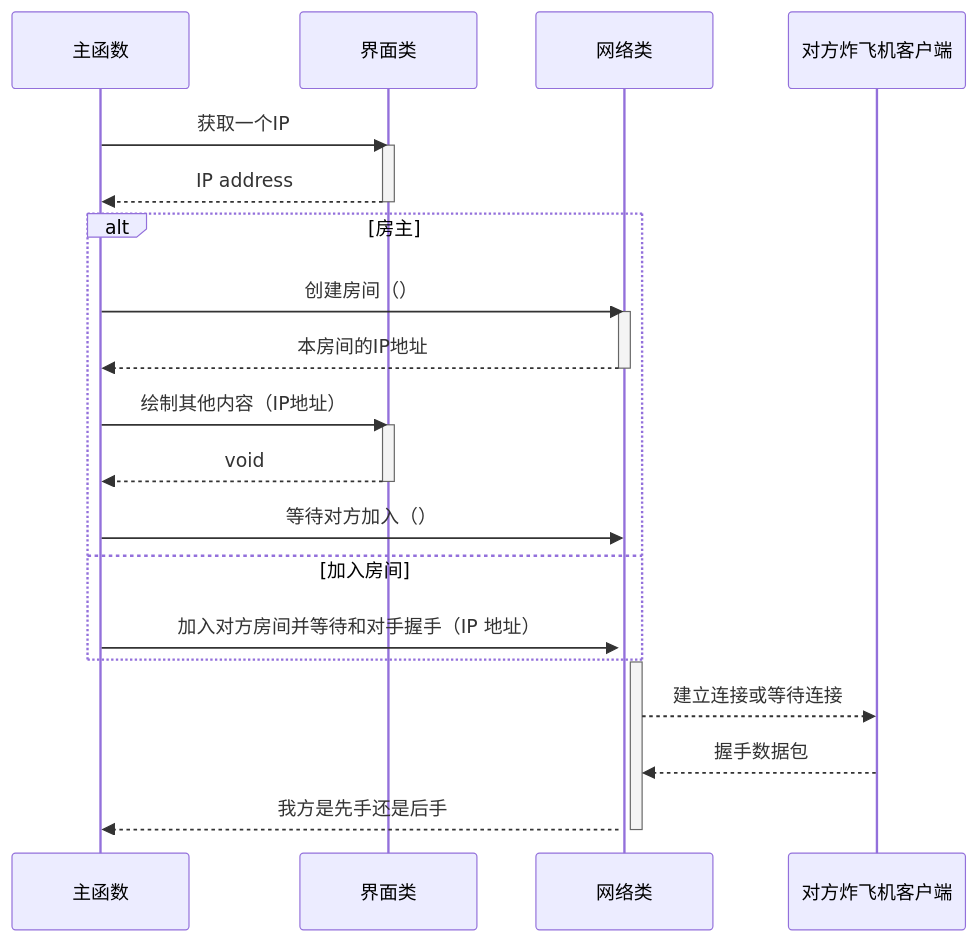
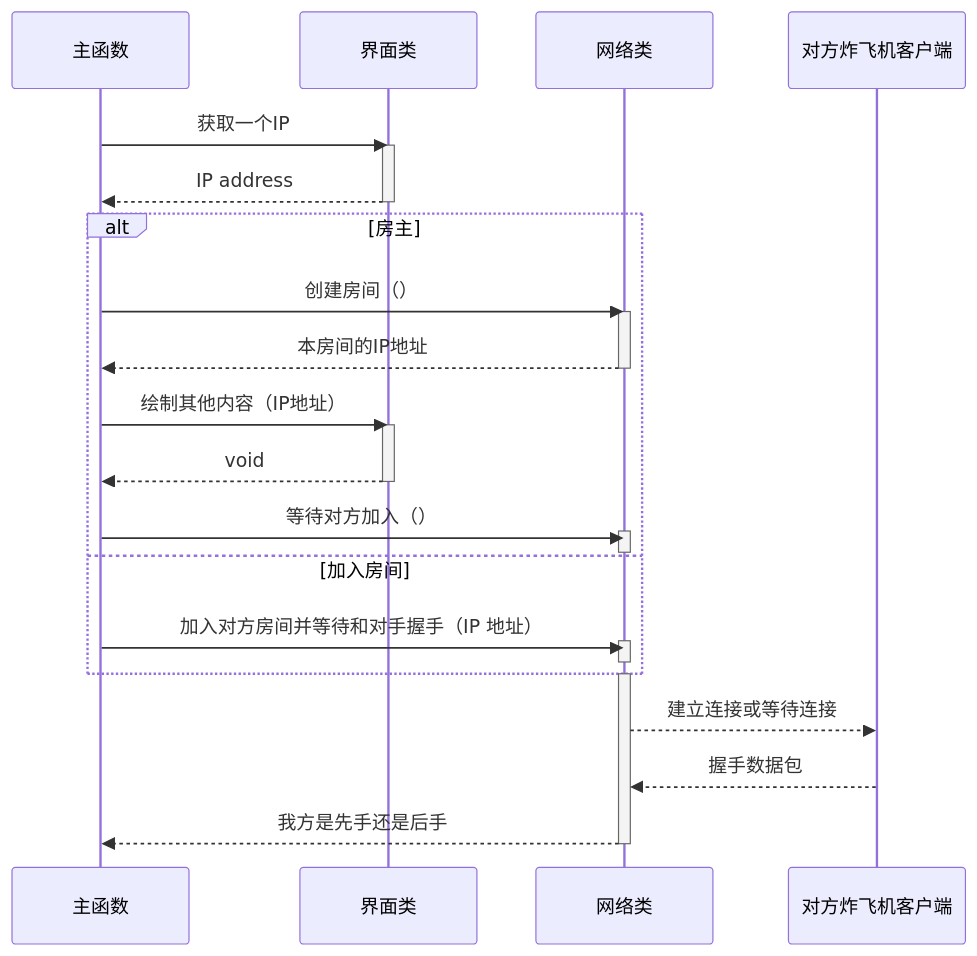
Before and after one commit to li6in9muyou/bomb-airfield-game: the second of 5 diagrams in README.md, drawn with Mermaid. The commit also changed other lines of this file, not shown here.

Commit message:
文档：同步文字和图片；添加新的方法；

````diff
--- a/README.md
+++ b/README.md
@@ -126,34 +132,36 @@
 ```mermaid
 sequenceDiagram
 
 participant main as 主函数
 participant ui as 界面类
 participant socket as 网络类
 participant remote as 对方炸飞机客户端
 
 main ->> ui: 获取一个IP
 activate ui
 ui -->> main: IP address
 deactivate ui
 
 alt 房主
 main ->> socket: 创建房间（）
 activate socket
 socket -->> main: 本房间的IP地址
 deactivate socket
 main ->> ui: 绘制其他内容（IP地址）
 activate ui
 ui -->> main: void
 deactivate ui
 main ->> socket: 等待对方加入（）
 activate socket
+deactivate socket
 else 加入房间
 main ->> socket: 加入对方房间并等待和对手握手（IP 地址）
 activate socket
+deactivate socket
 end
 activate socket
 socket -->> remote: 建立连接或等待连接
 remote -->> socket: 握手数据包
 socket -->> main: 我方是先手还是后手
 deactivate socket
 ```
````
